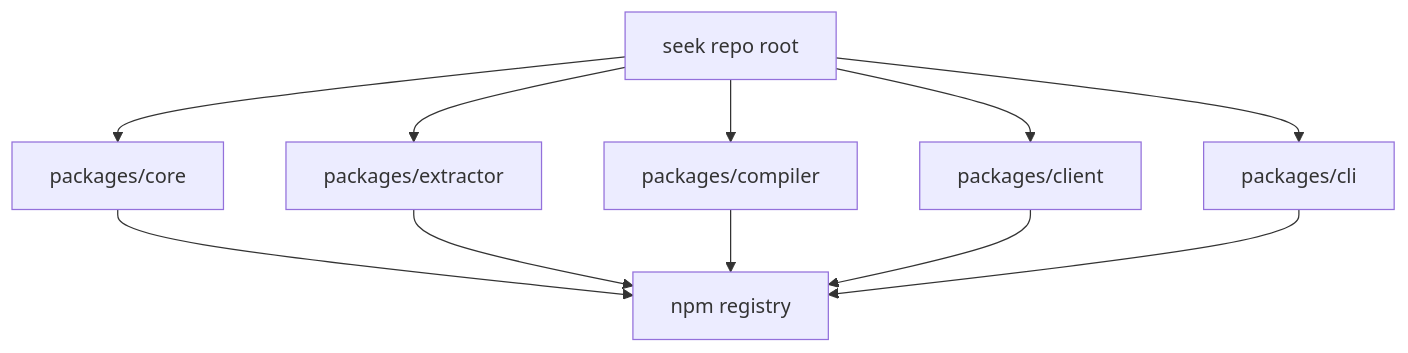
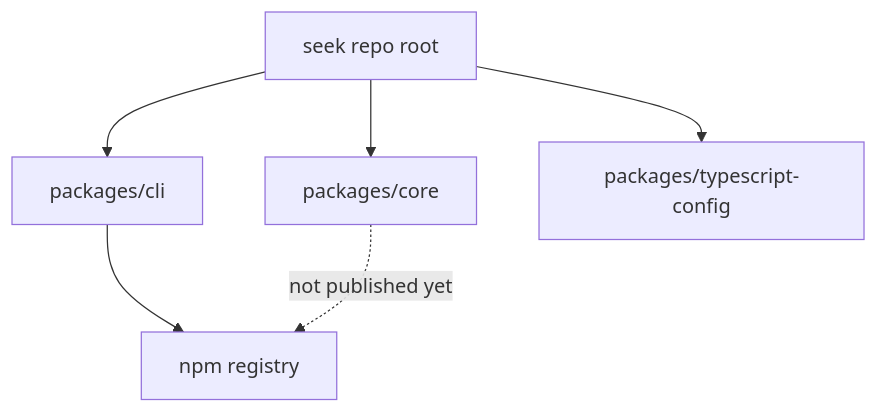
Before and after one commit to seek-js/seek: the second of 4 diagrams in research/implementation-package-publishing-workflow.md, drawn with Mermaid. The commit also changed other lines of this file and 28 other files, not shown here.

````diff
--- a/research/implementation-package-publishing-workflow.md
+++ b/research/implementation-package-publishing-workflow.md
@@ -52,13 +50,8 @@
 ```mermaid
 flowchart TD
     repoRoot[seek repo root] --> corePkg[packages/core]
-    repoRoot --> extractorPkg[packages/extractor]
-    repoRoot --> compilerPkg[packages/compiler]
-    repoRoot --> clientPkg[packages/client]
     repoRoot --> cliPkg[packages/cli]
-    corePkg --> npmReg[npm registry]
-    extractorPkg --> npmReg
-    compilerPkg --> npmReg
-    clientPkg --> npmReg
-    cliPkg --> npmReg
+    repoRoot --> tsconfigPkg[packages/typescript-config]
+    cliPkg --> npmReg[npm registry]
+    corePkg -.not published yet.-> npmReg
 ```
````
